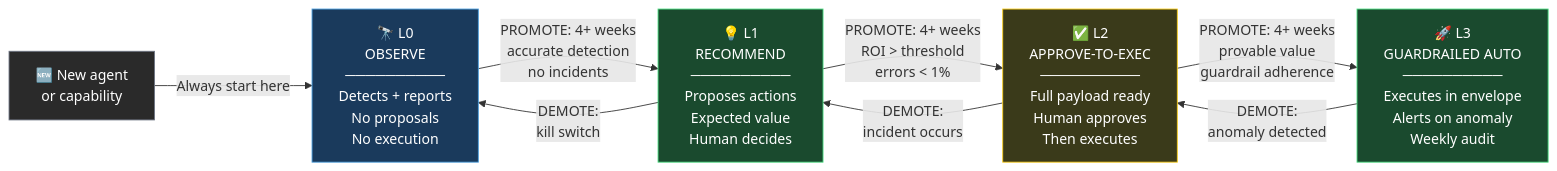
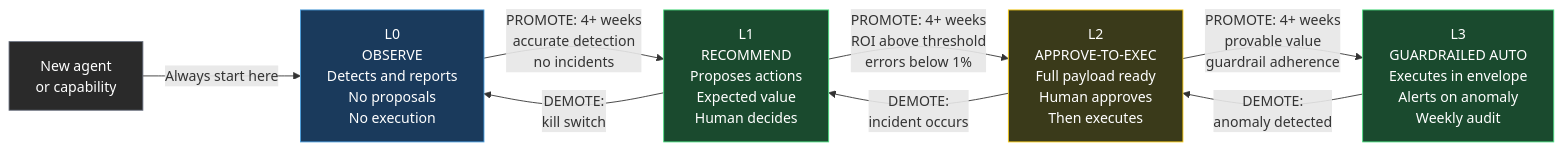
The second of 3 diagrams in docs/design-principles.md (fszale/agent-kernel), drawn with Mermaid before and after one commit. The commit also changed other lines of this file and 28 other files, not shown here.

````diff
--- a/docs/design-principles.md
+++ b/docs/design-principles.md
@@ -147,53 +144,49 @@
 ```mermaid
 graph LR
-    L0["🔭 L0
+    L0["L0
 OBSERVE
-──────────
-Detects + reports
+Detects and reports
 No proposals
 No execution"]
-    L1["💡 L1
+    L1["L1
 RECOMMEND
-──────────
 Proposes actions
 Expected value
 Human decides"]
-    L2["✅ L2
+    L2["L2
 APPROVE-TO-EXEC
-──────────
 Full payload ready
 Human approves
 Then executes"]
-    L3["🚀 L3
+    L3["L3
 GUARDRAILED AUTO
-──────────
 Executes in envelope
 Alerts on anomaly
 Weekly audit"]
 
     L0 -->|"PROMOTE: 4+ weeks
 accurate detection
 no incidents"| L1
     L1 -->|"PROMOTE: 4+ weeks
-ROI > threshold
-errors < 1%"| L2
+ROI above threshold
+errors below 1%"| L2
     L2 -->|"PROMOTE: 4+ weeks
 provable value
 guardrail adherence"| L3
 
     L3 -->|"DEMOTE:
 anomaly detected"| L2
     L2 -->|"DEMOTE:
 incident occurs"| L1
     L1 -->|"DEMOTE:
 kill switch"| L0
 
-    NEW["🆕 New agent
+    NEW["New agent
 or capability"] -->|"Always start here"| L0
 
     style L0 fill:#1a3a5c,color:#fff,stroke:#4a9ede
     style L1 fill:#1a4a2e,color:#fff,stroke:#4ade80
     style L2 fill:#3a3a1a,color:#fff,stroke:#facc15
     style L3 fill:#1a4a2e,color:#fff,stroke:#4ade80
     style NEW fill:#2a2a2a,color:#fff,stroke:#6b7280
 ```
````
